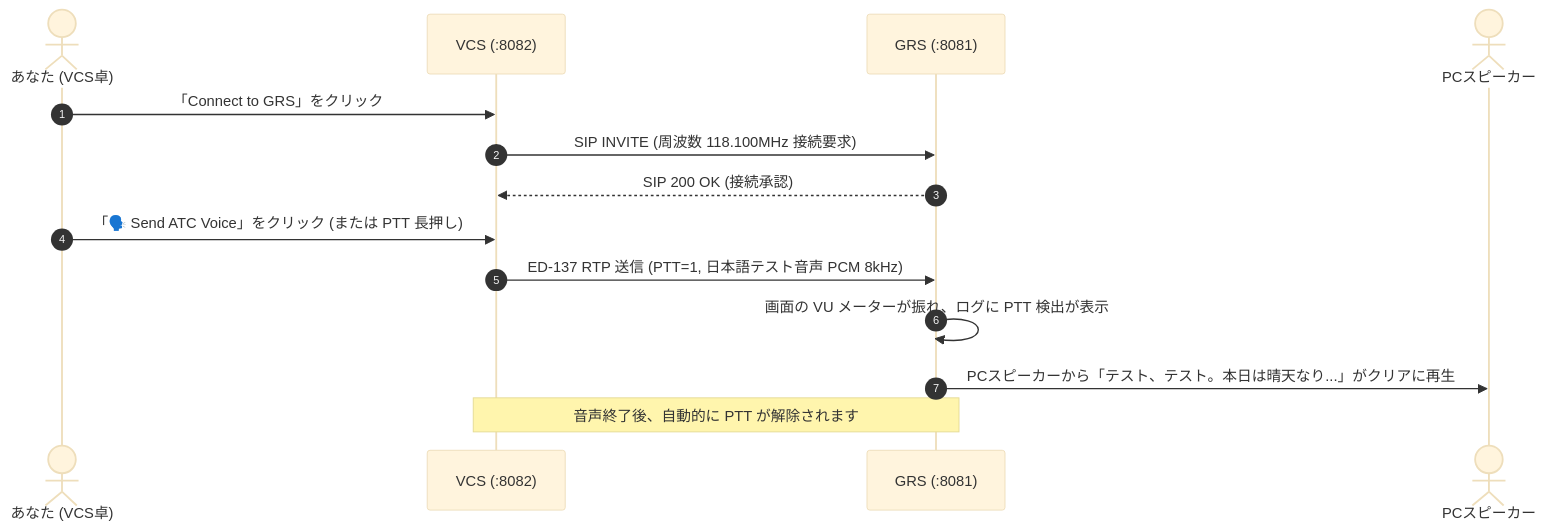
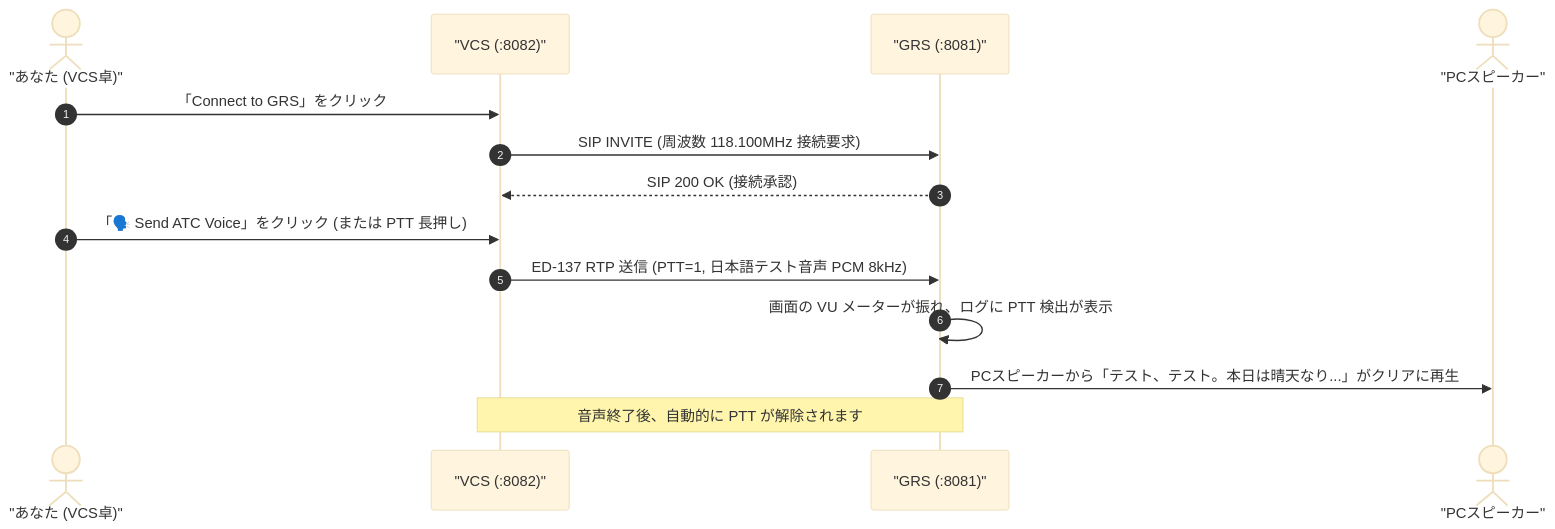
One commit to sh0jitmy/aerovoice changed the third of 3 diagrams in docs/manual.ja.md. Above: the diagram before and after it, drawn with Mermaid (base theme). The commit also changed other lines of this file and 5 other files, not shown here.

Commit message:
fix(docs): resolve Mermaid syntax errors in system architecture and manual diagrams

````diff
--- a/docs/manual.ja.md
+++ b/docs/manual.ja.md
@@ -213,18 +213,18 @@
 ```mermaid
 sequenceDiagram
     autonumber
-    actor User as あなた (VCS卓)
-    participant VCS as VCS (:8082)
-    participant GRS as GRS (:8081)
-    actor Speaker as PCスピーカー
+    actor User as "あなた (VCS卓)"
+    participant VCS as "VCS (:8082)"
+    participant GRS as "GRS (:8081)"
+    actor Speaker as "PCスピーカー"
 
     User->>VCS: 「Connect to GRS」をクリック
     VCS->>GRS: SIP INVITE (周波数 118.100MHz 接続要求)
     GRS-->>VCS: SIP 200 OK (接続承認)
 
     User->>VCS: 「🗣️ Send ATC Voice」をクリック (または PTT 長押し)
     VCS->>GRS: ED-137 RTP 送信 (PTT=1, 日本語テスト音声 PCM 8kHz)
     GRS->>GRS: 画面の VU メーターが振れ、ログに PTT 検出が表示
     GRS->>Speaker: PCスピーカーから「テスト、テスト。本日は晴天なり...」がクリアに再生
     Note over VCS,GRS: 音声終了後、自動的に PTT が解除されます
 ```
````
